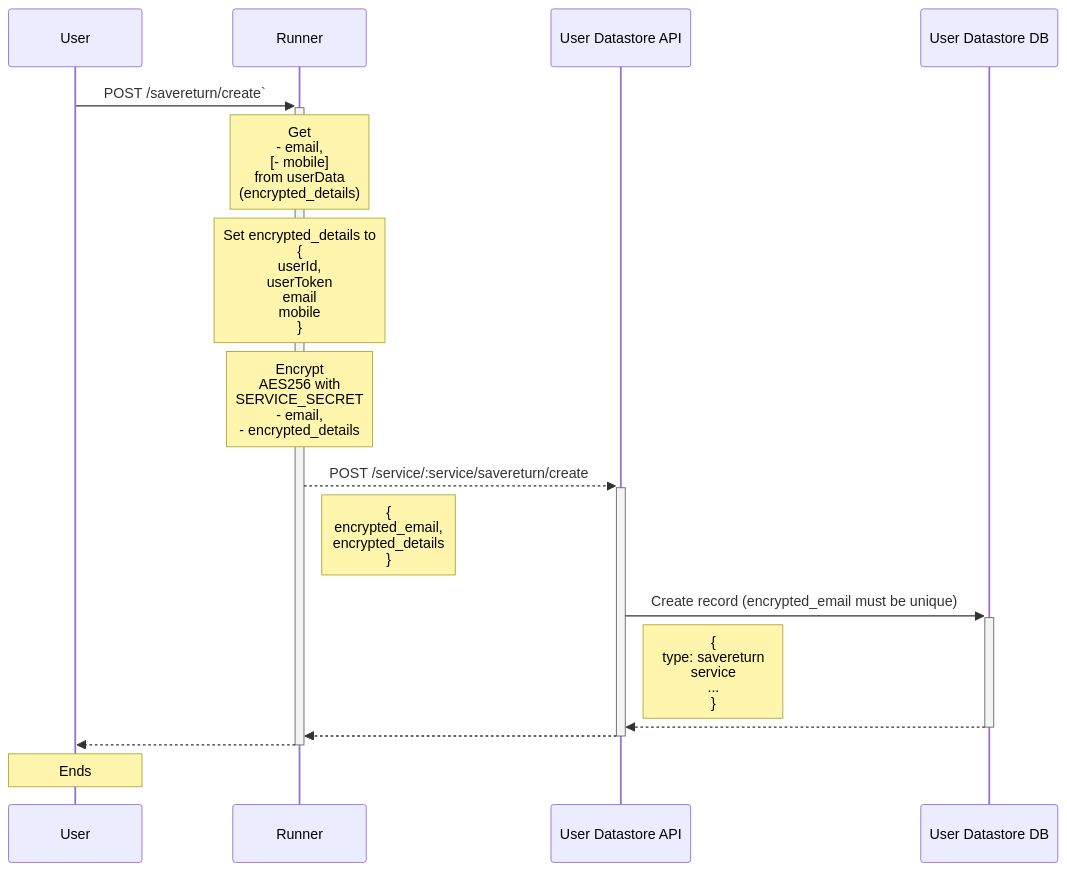
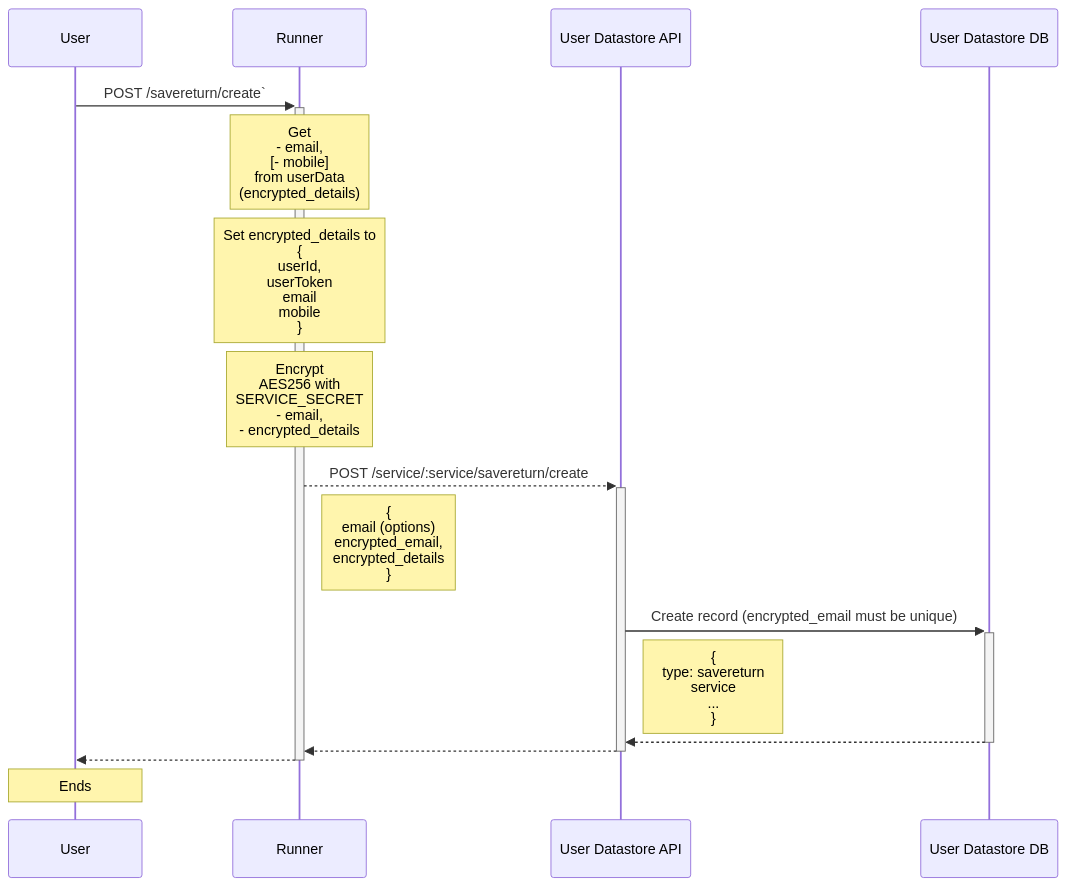
Before and after one commit to ministryofjustice/form-builder: the diagram in documentation/running/save-and-return/files/return--setup--create-record.mmd, drawn with Mermaid. The commit also changed 5 other files, not shown here.

Commit message:
Update docs to reflect passing all email and sms options to save and return as objects

```diff
--- a/documentation/running/save-and-return/files/return--setup--create-record.mmd
+++ b/documentation/running/save-and-return/files/return--setup--create-record.mmd
@@ -1,33 +1,33 @@
 sequenceDiagram
 
 participant U as User
 
 participant R as Runner
 
 participant DS as User Datastore API
 
 participant DB as User Datastore DB
 
 U->>+R: POST /savereturn/create`
 
 Note over R: Get<br>- email,<br>[- mobile]<br>from userData<br>(encrypted_details)
 
 Note over R: Set encrypted_details to<br>{<br>userId,<br>userToken<br>email<br>mobile<br>}
 
 Note over R: Encrypt <br>AES256 with <br>SERVICE_SECRET <br>- email, <br>- encrypted_details
 
 R-->>+DS: POST /service/:service/savereturn/create
 
-Note right of R: {<br>encrypted_email, <br>encrypted_details<br>}
+Note right of R: {<br>email (options)<br>encrypted_email, <br>encrypted_details<br>}
 
 DS->>+DB: Create record (encrypted_email must be unique)
 
 Note right of DS: {<br>type: savereturn<br>service<br>...<br>}
 
 DB-->>-DS: 
 
 DS-->>-R: 
 
 R-->>-U:  
 
 Note over U: Ends
```
